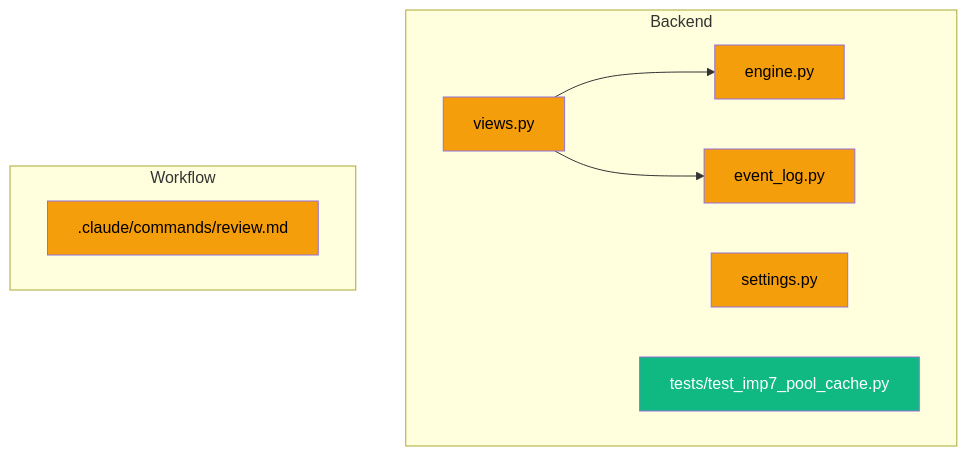
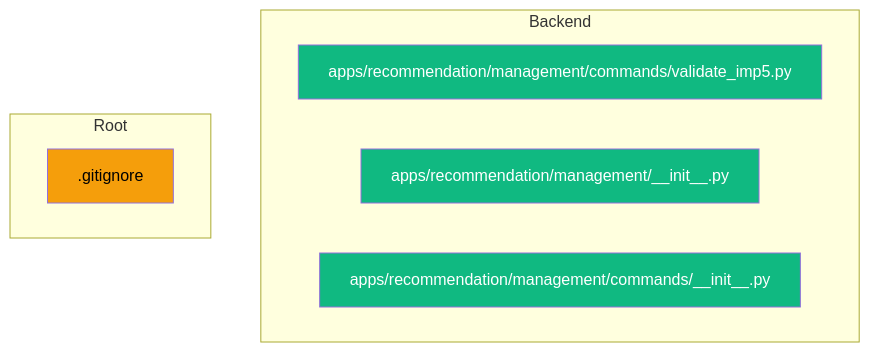
One commit to hongikarchi/archi-tinder changed the eighth of 8 diagrams in .claude/Report.md. Above: the diagram before and after it, drawn with Mermaid. The commit also changed other lines of this file and 8 other files, not shown here.

````diff
--- a/.claude/Report.md
+++ b/.claude/Report.md
@@ -419,19 +426,15 @@
 ```mermaid
 graph TD
     subgraph Backend
-        engine_py["engine.py"]:::modified
-        views_py["views.py"]:::modified
-        event_log_py["event_log.py"]:::modified
-        settings_py["settings.py"]:::modified
-        test_imp7["tests/test_imp7_pool_cache.py"]:::new
+        validate_imp5_py["apps/recommendation/management/commands/validate_imp5.py"]:::new
+        mgmt_init["apps/recommendation/management/__init__.py"]:::new
+        cmd_init["apps/recommendation/management/commands/__init__.py"]:::new
     end
-    subgraph Workflow
-        review_md[".claude/commands/review.md"]:::modified
+    subgraph Root
+        gitignore[".gitignore"]:::modified
     end
-    views_py --> engine_py
-    views_py --> event_log_py
 
     classDef new fill:#10b981,color:#fff
     classDef modified fill:#f59e0b,color:#000
     classDef deleted fill:#ef4444,color:#fff
 ```
````
